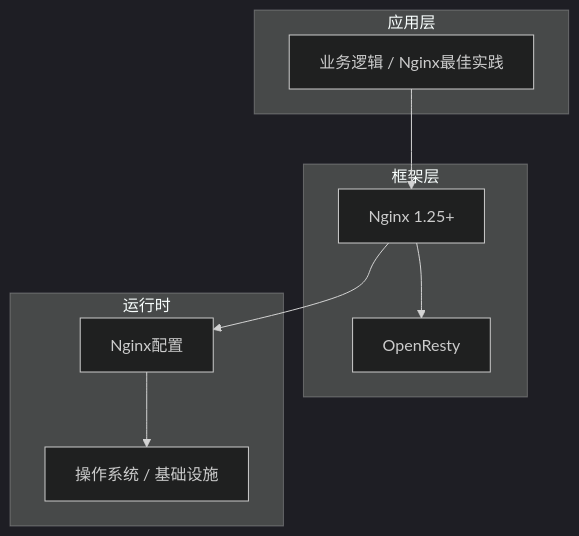
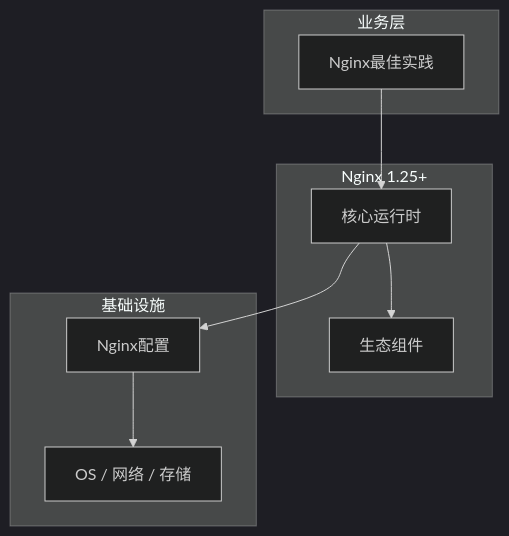
Before and after one commit to yanggan2015/knowledge-json-v2: the diagram in articles/Nginx/chapters/076-Nginx最佳实践核心概念与原理.md, drawn with Mermaid (dark theme). The commit also changed other lines of this file and 10127 other files, not shown here.

````diff
--- a/articles/Nginx/chapters/076-Nginx最佳实践核心概念与原理.md
+++ b/articles/Nginx/chapters/076-Nginx最佳实践核心概念与原理.md
@@ -45,18 +34,18 @@
 ```mermaid
 graph TB
-    subgraph 应用层
-        A[业务逻辑 / Nginx最佳实践]
+    subgraph 业务层
+        A[Nginx最佳实践]
     end
-    subgraph 框架层
-        B[Nginx 1.25+]
-        C[OpenResty]
+    subgraph Nginx 1.25+
+        B[核心运行时]
+        C[生态组件]
     end
-    subgraph 运行时
+    subgraph 基础设施
         D[Nginx配置]
-        E[操作系统 / 基础设施]
+        E[OS / 网络 / 存储]
     end
     A --> B
     B --> C
     B --> D
     D --> E
 ```
````
